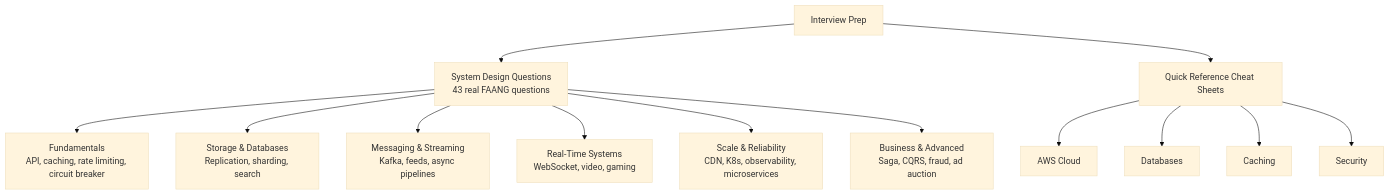
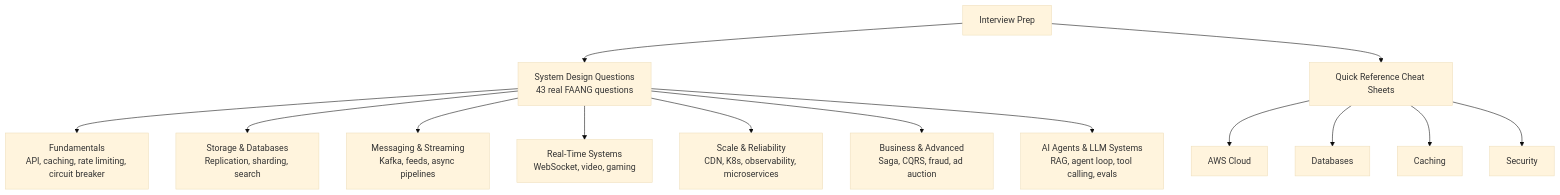
Before and after one commit to gauravprwl14/system-design-course: the diagram in docs-site/content/12-interview-prep/index.md, drawn with Mermaid (base theme). The commit also changed other lines of this file and 2 other files, not shown here.

First line of the commit message:
feat(interview-prep): Add AI Agents section scaffold and overview

````diff
--- a/docs-site/content/12-interview-prep/index.md
+++ b/docs-site/content/12-interview-prep/index.md
@@ -5,16 +5,17 @@
 ```mermaid
 graph TD
     IP[Interview Prep]
     IP --> SD[System Design Questions\n43 real FAANG questions]
     IP --> QR[Quick Reference Cheat Sheets]
     SD --> FUND[Fundamentals\nAPI, caching, rate limiting, circuit breaker]
     SD --> STOR[Storage & Databases\nReplication, sharding, search]
     SD --> MSG[Messaging & Streaming\nKafka, feeds, async pipelines]
     SD --> RT[Real-Time Systems\nWebSocket, video, gaming]
     SD --> SCALE[Scale & Reliability\nCDN, K8s, observability, microservices]
     SD --> BIZ[Business & Advanced\nSaga, CQRS, fraud, ad auction]
+    SD --> AI[AI Agents & LLM Systems\nRAG, agent loop, tool calling, evals]
     QR --> AWS[AWS Cloud]
     QR --> DB[Databases]
     QR --> CACHE[Caching]
     QR --> SEC[Security]
 ```
````
